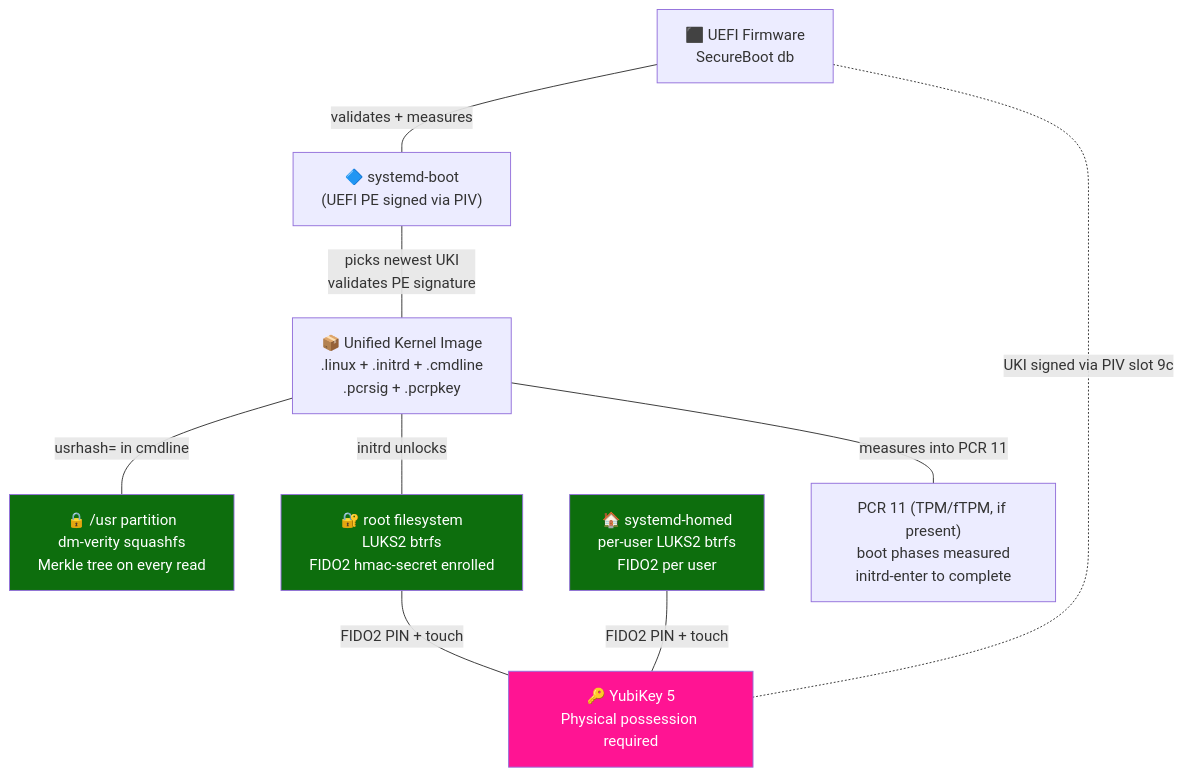
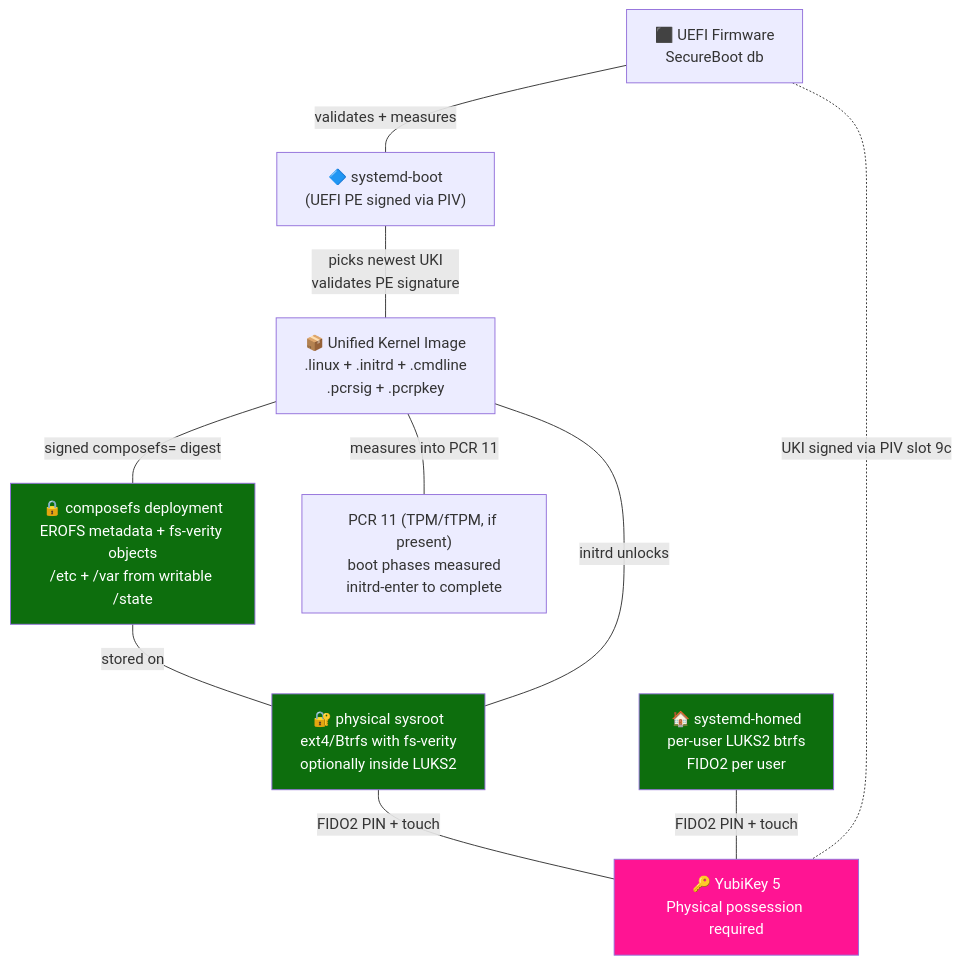
Before and after one commit to corning-croak-cable/yubiOS: the second of 12 diagrams in ARCHITECTURE.md, drawn with Mermaid. The commit also changed other lines of this file and 9 other files, not shown here.

Commit message:
Document and verify bootc composefs sealing flow

````diff
--- a/ARCHITECTURE.md
+++ b/ARCHITECTURE.md
@@ -65,25 +65,26 @@
 ```mermaid
 graph TD
     FW["⬛ UEFI Firmware\nSecureBoot db"]
     SDB["🔷 systemd-boot\n(UEFI PE signed via PIV)"]
     UKI["📦 Unified Kernel Image\n.linux + .initrd + .cmdline\n.pcrsig + .pcrpkey"]
-    VERITY["🔒 /usr partition\ndm-verity squashfs\nMerkle tree on every read"]
-    LUKS["🔐 root filesystem\nLUKS2 btrfs\nFIDO2 hmac-secret enrolled"]
+    CFS["🔒 composefs deployment\nEROFS metadata + fs-verity objects\n/etc + /var from writable /state"]
+    BACKING["🔐 physical sysroot\next4/Btrfs with fs-verity\noptionally inside LUKS2"]
     HOMED["🏠 systemd-homed\nper-user LUKS2 btrfs\nFIDO2 per user"]
     YK["🔑 YubiKey 5\nPhysical possession required"]
     PCR["PCR 11 (TPM/fTPM, if present)\nboot phases measured\ninitrd-enter to complete"]
 
     FW ---|validates + measures| SDB
     SDB ---|picks newest UKI\nvalidates PE signature| UKI
     UKI ---|measures into PCR 11| PCR
-    UKI ---|usrhash= in cmdline| VERITY
-    UKI ---|initrd unlocks| LUKS
-    LUKS ---|FIDO2 PIN + touch| YK
+    UKI ---|signed composefs= digest| CFS
+    CFS ---|stored on| BACKING
+    UKI ---|initrd unlocks| BACKING
+    BACKING ---|FIDO2 PIN + touch| YK
     HOMED ---|FIDO2 PIN + touch| YK
     FW -.-|UKI signed via PIV slot 9c| YK
 
     style YK fill:#ff1493,color:#fff
-    style VERITY fill:#0d6e0d,color:#fff
-    style LUKS fill:#0d6e0d,color:#fff
+    style CFS fill:#0d6e0d,color:#fff
+    style BACKING fill:#0d6e0d,color:#fff
     style HOMED fill:#0d6e0d,color:#fff
 ```
````
